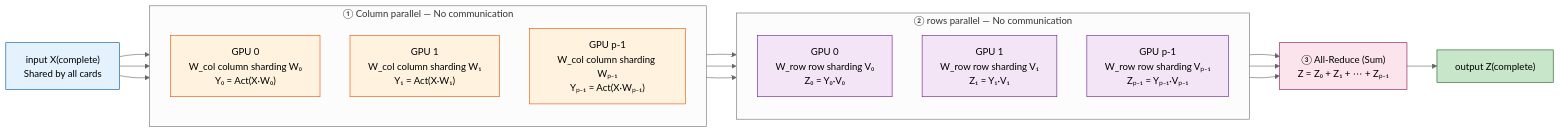
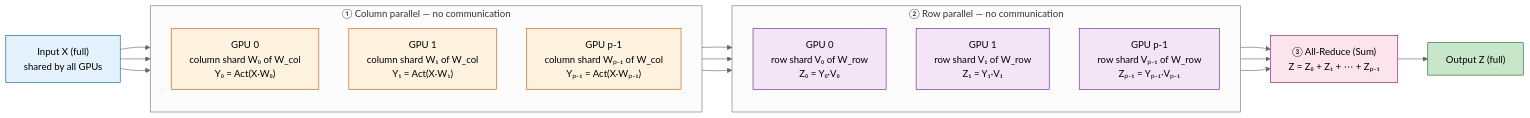
Before and after one commit to TingdeLiu/tingdeliu.github.io: the tenth of 29 diagrams in _translations/en/research/LLM-Training-Survey.md, drawn with Mermaid (neutral theme). The commit also changed other lines of this file and 2 other files, not shown here.

First line of the commit message:
docs(llm-survey): polish English edition and add evolution timeline

````diff
--- a/_translations/en/research/LLM-Training-Survey.md
+++ b/_translations/en/research/LLM-Training-Survey.md
@@ -2458,35 +2476,35 @@
 ```mermaid
 flowchart LR
-    X["input X(complete)<br>Shared by all cards"]
+    X["Input X (full)<br>shared by all GPUs"]
 
-    subgraph COLPAR ["① Column parallel — No communication"]
+    subgraph COLPAR ["① Column parallel — no communication"]
         direction TB
-        G0["GPU 0<br>W_col column sharding W₀<br>Y₀ = Act(X·W₀)"]
-        G1["GPU 1<br>W_col column sharding W₁<br>Y₁ = Act(X·W₁)"]
-        GP["GPU p-1<br>W_col column sharding Wₚ₋₁<br>Yₚ₋₁ = Act(X·Wₚ₋₁)"]
+        G0["GPU 0<br>column shard W₀ of W_col<br>Y₀ = Act(X·W₀)"]
+        G1["GPU 1<br>column shard W₁ of W_col<br>Y₁ = Act(X·W₁)"]
+        GP["GPU p-1<br>column shard Wₚ₋₁ of W_col<br>Yₚ₋₁ = Act(X·Wₚ₋₁)"]
     end
 
-    subgraph ROWPAR ["② rows parallel — No communication"]
+    subgraph ROWPAR ["② Row parallel — no communication"]
         direction TB
-        R0["GPU 0<br>W_row row sharding V₀<br>Z₀ = Y₀·V₀"]
-        R1["GPU 1<br>W_row row sharding V₁<br>Z₁ = Y₁·V₁"]
-        RP["GPU p-1<br>W_row row sharding Vₚ₋₁<br>Zₚ₋₁ = Yₚ₋₁·Vₚ₋₁"]
+        R0["GPU 0<br>row shard V₀ of W_row<br>Z₀ = Y₀·V₀"]
+        R1["GPU 1<br>row shard V₁ of W_row<br>Z₁ = Y₁·V₁"]
+        RP["GPU p-1<br>row shard Vₚ₋₁ of W_row<br>Zₚ₋₁ = Yₚ₋₁·Vₚ₋₁"]
     end
 
     X --> G0 & G1 & GP
     G0 --> R0
     G1 --> R1
     GP --> RP
     R0 & R1 & RP --> AR["③ All-Reduce (Sum)<br>Z = Z₀ + Z₁ + ⋯ + Zₚ₋₁"]
-    AR --> OUT["output Z(complete)"]
+    AR --> OUT["Output Z (full)"]
 
     style X fill:#e3f2fd,stroke:#01579b,color:#000
     style G0 fill:#fff3e0,stroke:#e65100,color:#000
     style G1 fill:#fff3e0,stroke:#e65100,color:#000
     style GP fill:#fff3e0,stroke:#e65100,color:#000
     style R0 fill:#f3e5f5,stroke:#6a1b9a,color:#000
     style R1 fill:#f3e5f5,stroke:#6a1b9a,color:#000
     style RP fill:#f3e5f5,stroke:#6a1b9a,color:#000
     style AR fill:#fce4ec,stroke:#880e4f,color:#000
     style OUT fill:#c8e6c9,stroke:#1b5e20,color:#000
 ```
````
